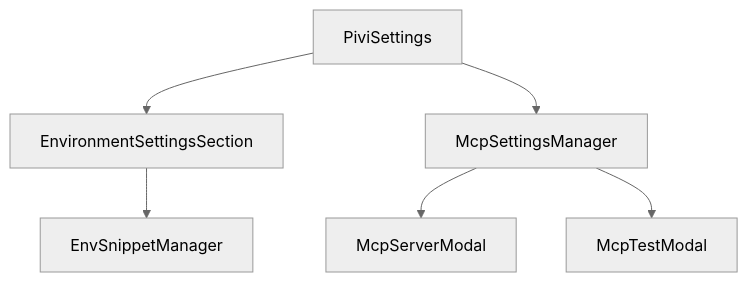
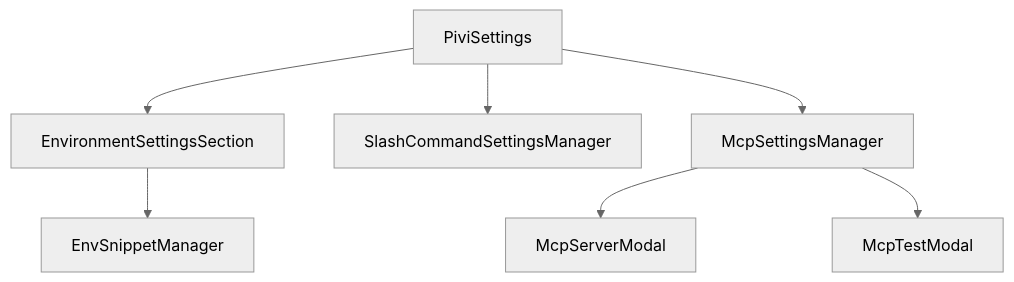
Before and after one commit to shuuul/obsidian-pivi: the diagram in src/features/settings/ui/AGENTS.md, drawn with Mermaid (neutral theme). The commit also changed 25 other files, not shown here.

First line of the commit message:
feat(settings): add command management and reorganize tabs

````diff
--- a/src/features/settings/ui/AGENTS.md
+++ b/src/features/settings/ui/AGENTS.md
@@ -7,8 +7,9 @@
 ```mermaid
 flowchart TD
   Settings["PiviSettings"] --> Env["EnvironmentSettingsSection"]
   Env --> Snippets["EnvSnippetManager"]
+  Settings --> Commands["SlashCommandSettingsManager"]
   Settings --> Mcp["McpSettingsManager"]
   Mcp --> Server["McpServerModal"]
   Mcp --> Test["McpTestModal"]
 ```
````
